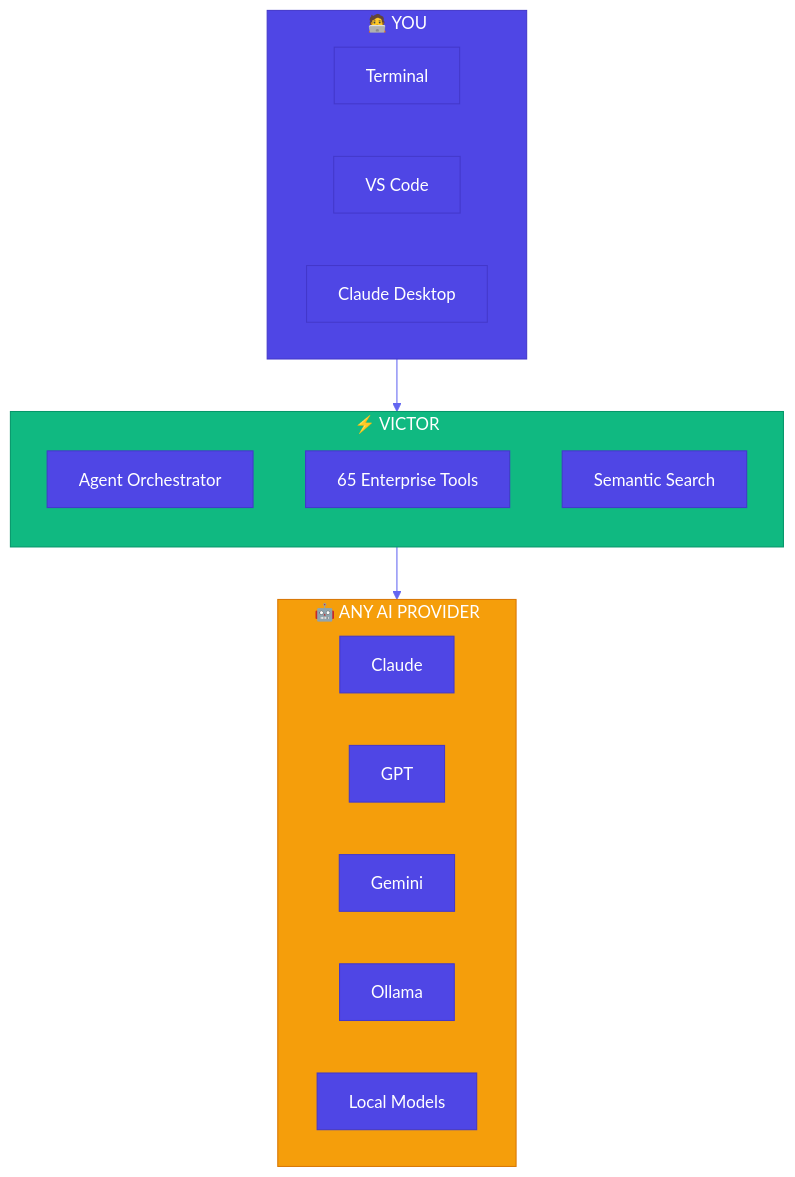
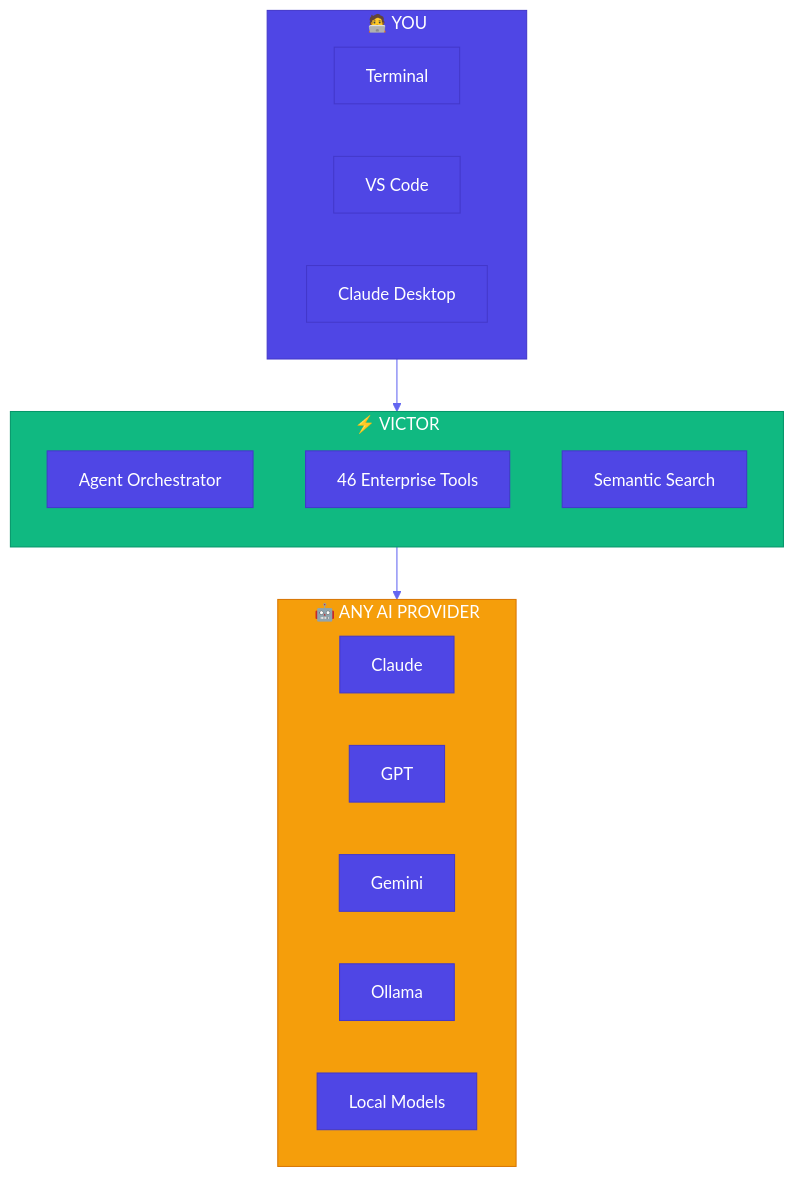
Before and after one commit to vjsingh1984/victor: the first of 8 diagrams in README.md, drawn with Mermaid. The commit also changed other lines of this file and 7 other files, not shown here.

````diff
--- a/README.md
+++ b/README.md
@@ -26,33 +26,33 @@
 ```mermaid
 %%{init: {'theme': 'base', 'themeVariables': { 'primaryColor': '#4F46E5', 'primaryTextColor': '#fff', 'primaryBorderColor': '#4338CA', 'lineColor': '#6366F1', 'secondaryColor': '#E0E7FF', 'tertiaryColor': '#EEF2FF'}}}%%
 flowchart TB
     subgraph YOU["🧑‍💻 YOU"]
         direction LR
         Terminal["Terminal"]
         IDE["VS Code"]
         MCP["Claude Desktop"]
     end
 
     subgraph VICTOR["⚡ VICTOR"]
         direction TB
         Orchestrator["Agent Orchestrator"]
-        Tools["65 Enterprise Tools"]
+        Tools["46 Enterprise Tools"]
         Search["Semantic Search"]
     end
 
     subgraph PROVIDERS["🤖 ANY AI PROVIDER"]
         direction LR
         Claude["Claude"]
         GPT["GPT"]
         Gemini["Gemini"]
         Ollama["Ollama"]
         Local["Local Models"]
     end
 
     YOU --> VICTOR
     VICTOR --> PROVIDERS
 
     style YOU fill:#4F46E5,stroke:#4338CA,color:#fff
     style VICTOR fill:#10B981,stroke:#059669,color:#fff
     style PROVIDERS fill:#F59E0B,stroke:#D97706,color:#fff
 ```
````
